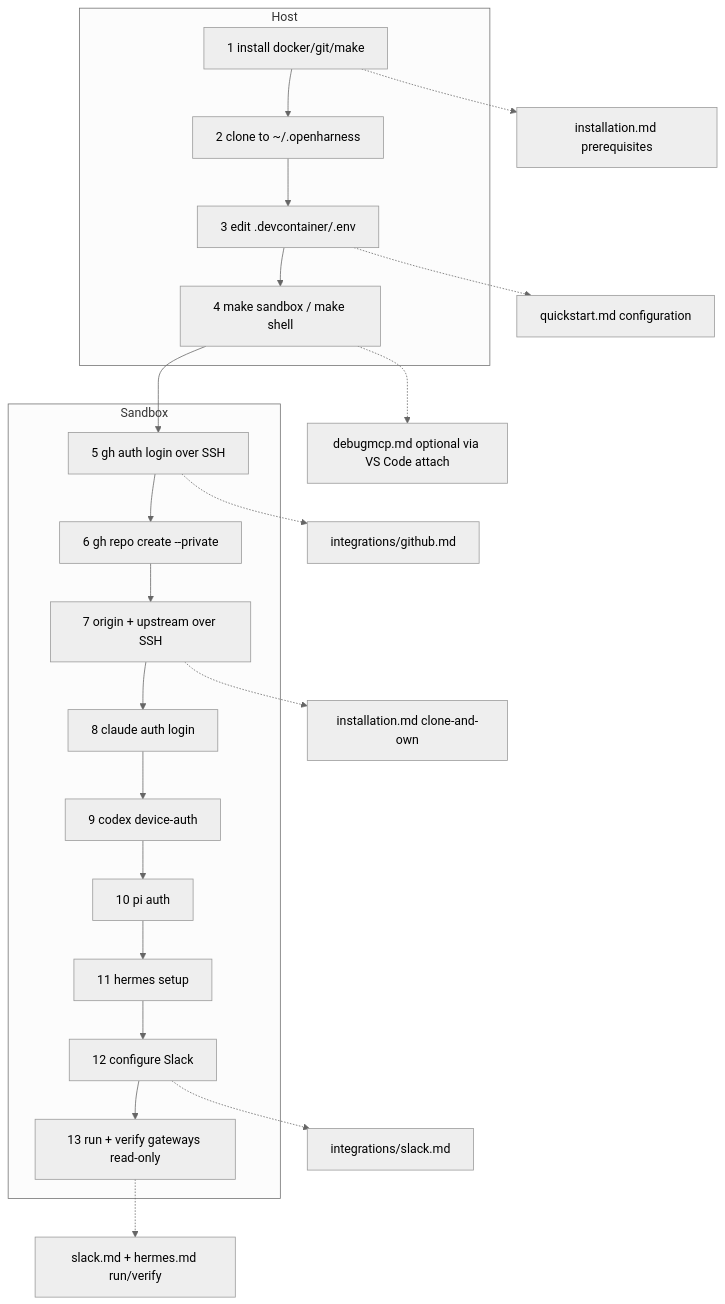
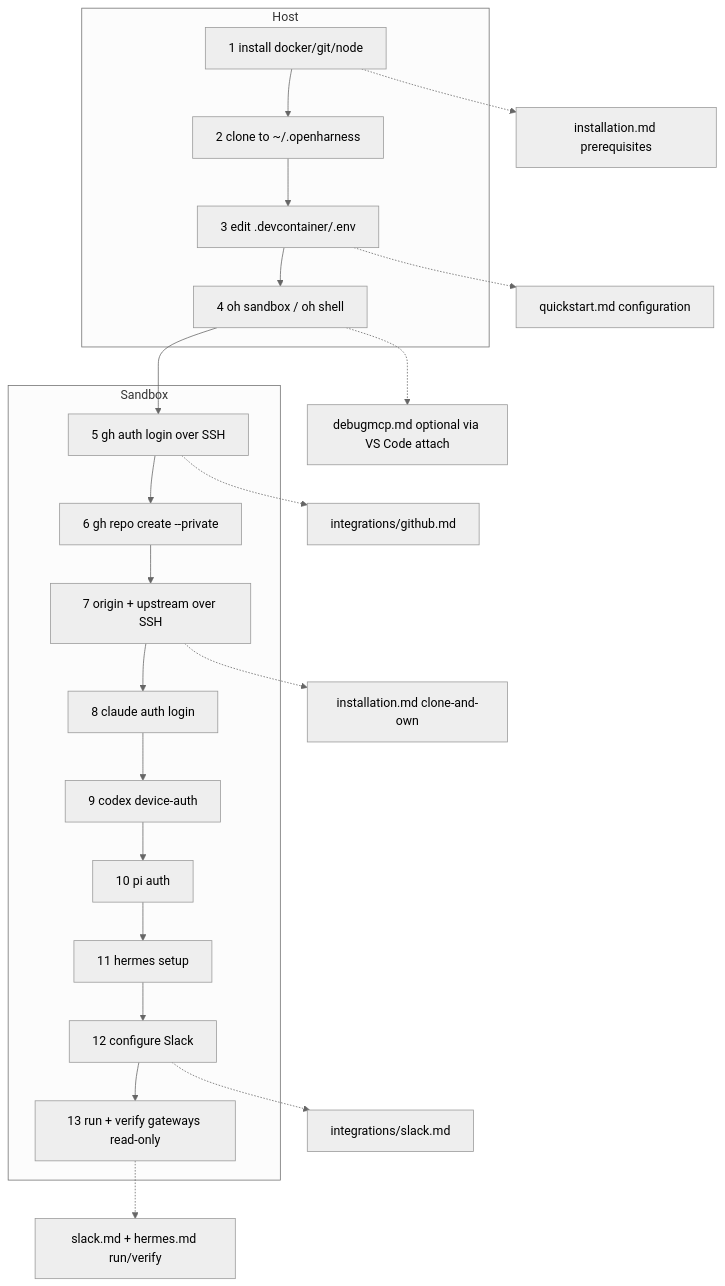
The diagram in .oh/skills/wiki/corpus/fresh-machine-setup.md (mifunedev/openharness), drawn with Mermaid (neutral theme) before and after one commit. The commit also changed other lines of this file and 54 other files, not shown here.

````diff
--- a/.oh/skills/wiki/corpus/fresh-machine-setup.md
+++ b/.oh/skills/wiki/corpus/fresh-machine-setup.md
@@ -76,26 +76,26 @@
 ```mermaid
 flowchart TD
   subgraph Host
-    S1[1 install docker/git/make] --> S2[2 clone to ~/.openharness]
+    S1[1 install docker/git/node] --> S2[2 clone to ~/.openharness]
     S2 --> S3[3 edit .devcontainer/.env]
-    S3 --> S4[4 make sandbox / make shell]
+    S3 --> S4[4 oh sandbox / oh shell]
   end
   subgraph Sandbox
     S4 --> S5[5 gh auth login over SSH]
     S5 --> S6[6 gh repo create --private]
     S6 --> S7[7 origin + upstream over SSH]
     S7 --> S8[8 claude auth login]
     S8 --> S9[9 codex device-auth]
     S9 --> S10[10 pi auth]
     S10 --> S11[11 hermes setup]
     S11 --> S12[12 configure Slack]
     S12 --> S13[13 run + verify gateways read-only]
   end
   S1 -.-> D1[installation.md prerequisites]
   S3 -.-> D2[quickstart.md configuration]
   S5 -.-> D3[integrations/github.md]
   S7 -.-> D4[installation.md clone-and-own]
   S4 -.-> D6[debugmcp.md optional via VS Code attach]
   S12 -.-> D7[integrations/slack.md]
   S13 -.-> D8[slack.md + hermes.md run/verify]
 ```
````
